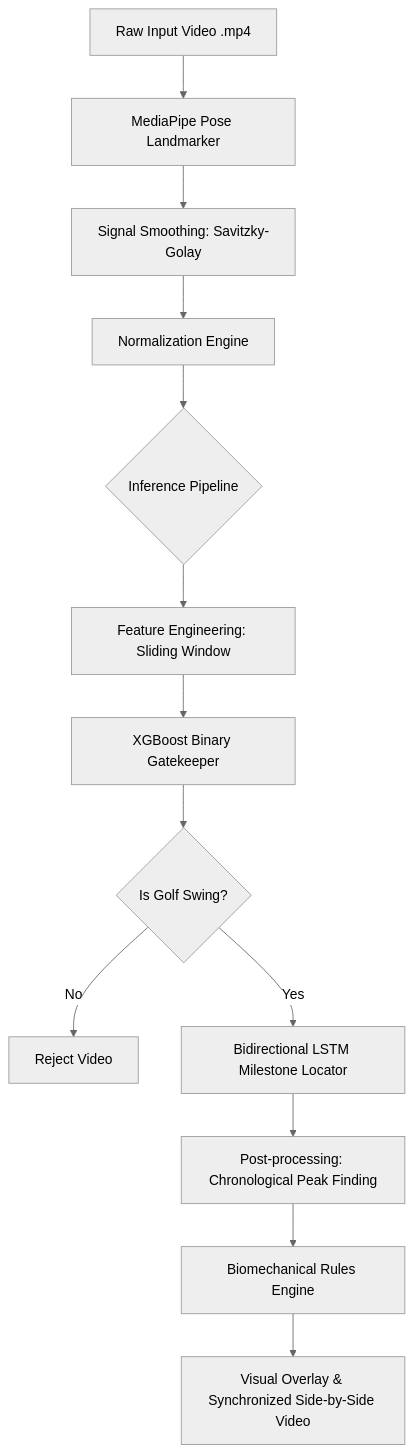
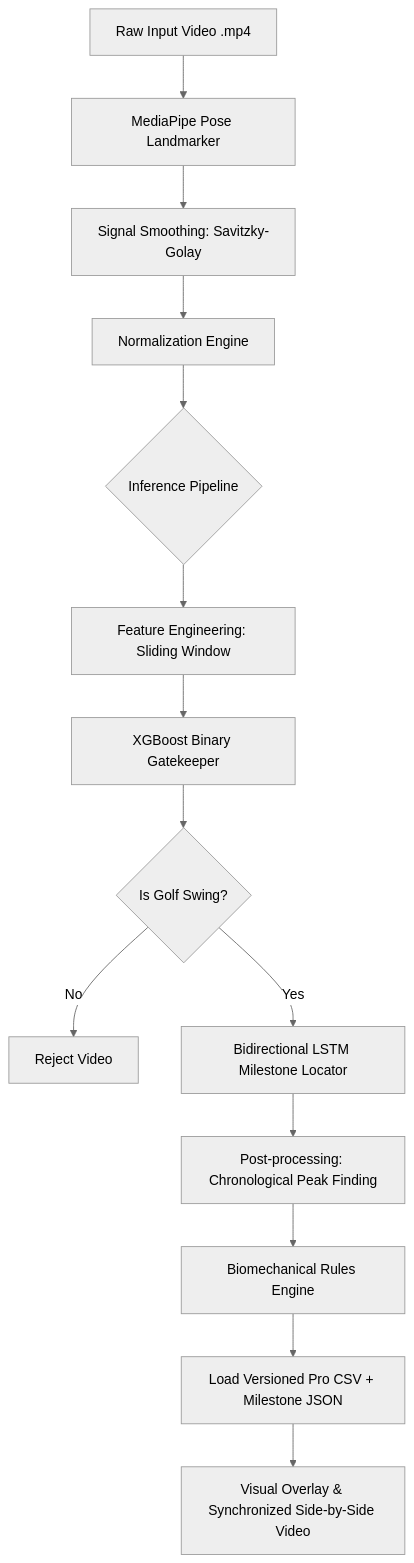
The diagram in docs/architecture.md (Ameenota/golf-analysis), drawn with Mermaid (neutral theme) before and after one commit. The commit also changed other lines of this file and 8 other files, not shown here.

````diff
--- a/docs/architecture.md
+++ b/docs/architecture.md
@@ -9,22 +9,23 @@
 ```mermaid
 graph TD
     A[Raw Input Video .mp4] --> B[MediaPipe Pose Landmarker]
     B --> C[Signal Smoothing: Savitzky-Golay]
     C --> D[Normalization Engine]
     
     D --> E{Inference Pipeline}
     
     %% Branch for Gatekeeper
     E --> F[Feature Engineering: Sliding Window]
     F --> G[XGBoost Binary Gatekeeper]
     G --> H{Is Golf Swing?}
     
     %% Rejection
     H -->|No| I[Reject Video]
     
     %% Sequence Locator
     H -->|Yes| J[Bidirectional LSTM Milestone Locator]
     J --> K[Post-processing: Chronological Peak Finding]
     K --> L[Biomechanical Rules Engine]
-    L --> M[Visual Overlay & Synchronized Side-by-Side Video]
+    L --> P[Load Versioned Pro CSV + Milestone JSON]
+    P --> M[Visual Overlay & Synchronized Side-by-Side Video]
 ```
````
